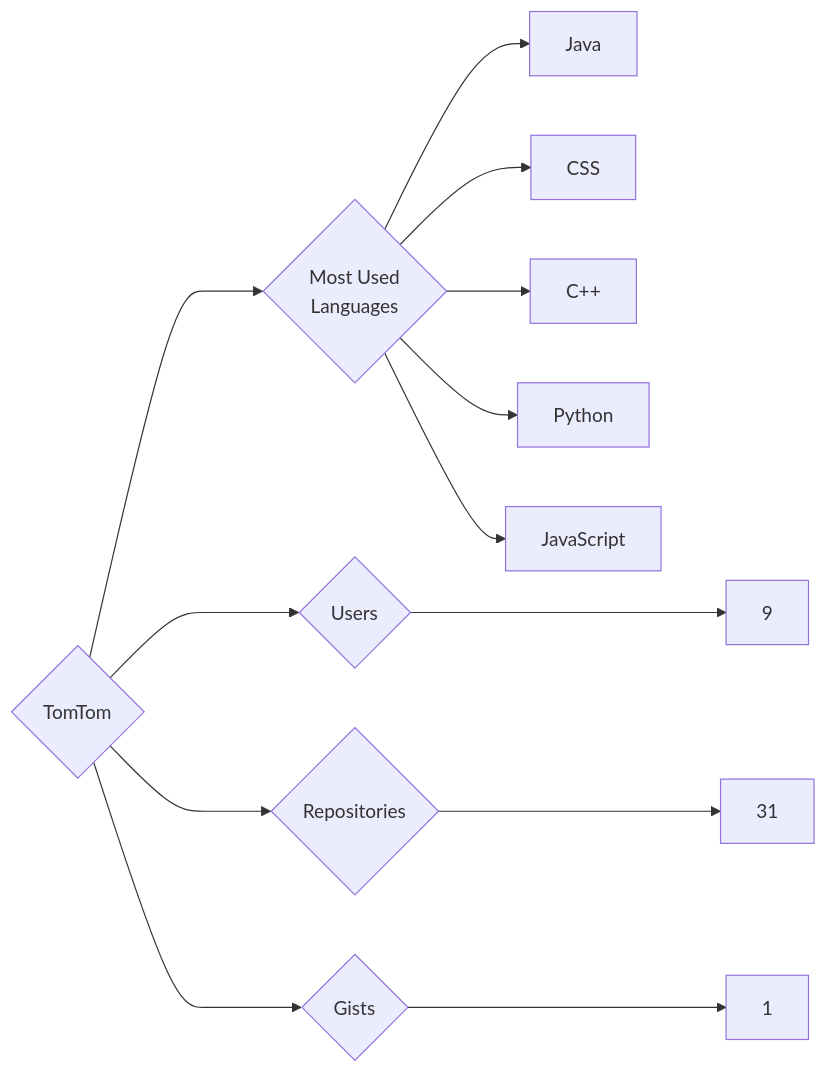
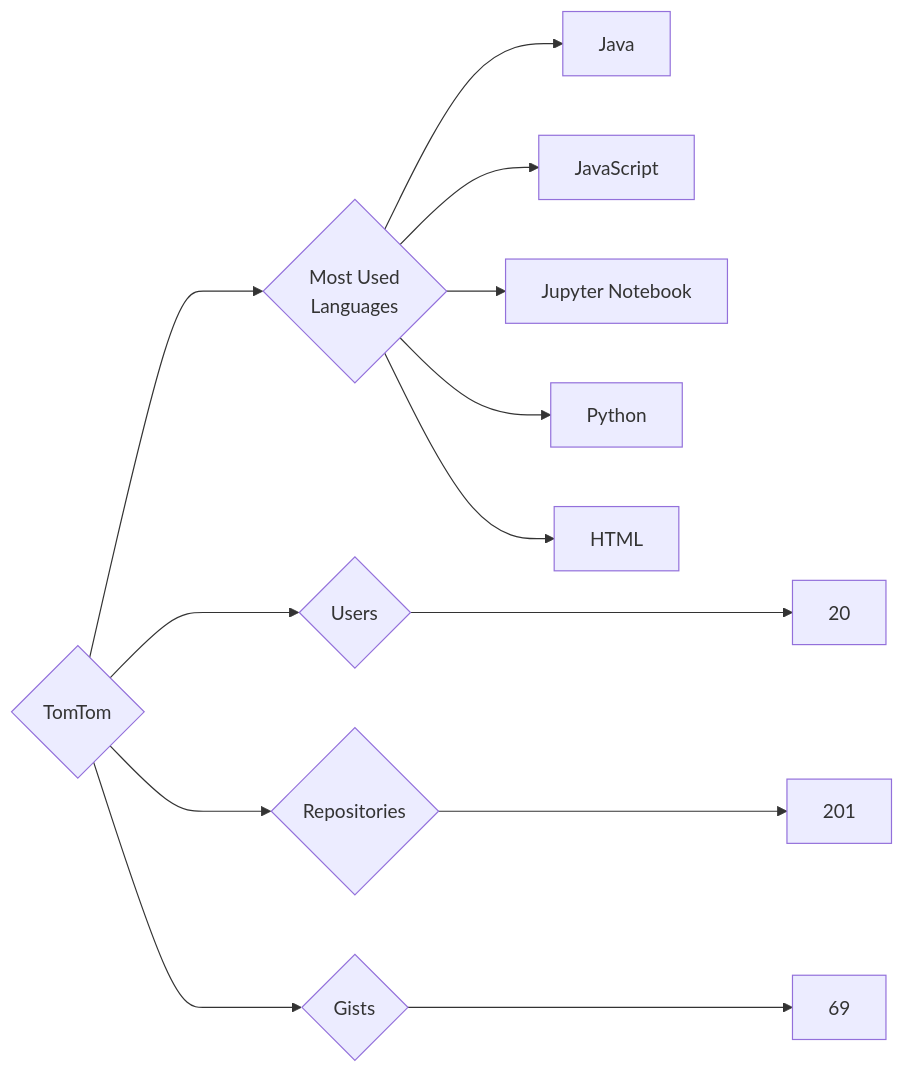
Before and after one commit to trickest/insiders: the diagram in targets/TomTom/README.md, drawn with Mermaid. The commit also changed 964 other files, not shown here.

````diff
--- a/targets/TomTom/README.md
+++ b/targets/TomTom/README.md
@@ -3,13 +3,13 @@
 ```mermaid
 graph LR
 COMPANY_NAME{TomTom}
-COMPANY_NAME ---> U{Users} ---> UN[9]
-COMPANY_NAME ---> R{Repositories} ---> RN[31]
-COMPANY_NAME ---> G{Gists} ---> GN[1]
+COMPANY_NAME ---> U{Users} ---> UN[20]
+COMPANY_NAME ---> R{Repositories} ---> RN[201]
+COMPANY_NAME ---> G{Gists} ---> GN[69]
 COMPANY_NAME ---> ML{Most Used<br>Languages}
 ML --> Java[Java]
-ML --> CSS[CSS]
-ML --> C++[C++]
+ML --> JavaScript[JavaScript]
+ML --> Jupyter_Notebook[Jupyter Notebook]
 ML --> Python[Python]
-ML --> JavaScript[JavaScript]
+ML --> HTML[HTML]
 ```
````
